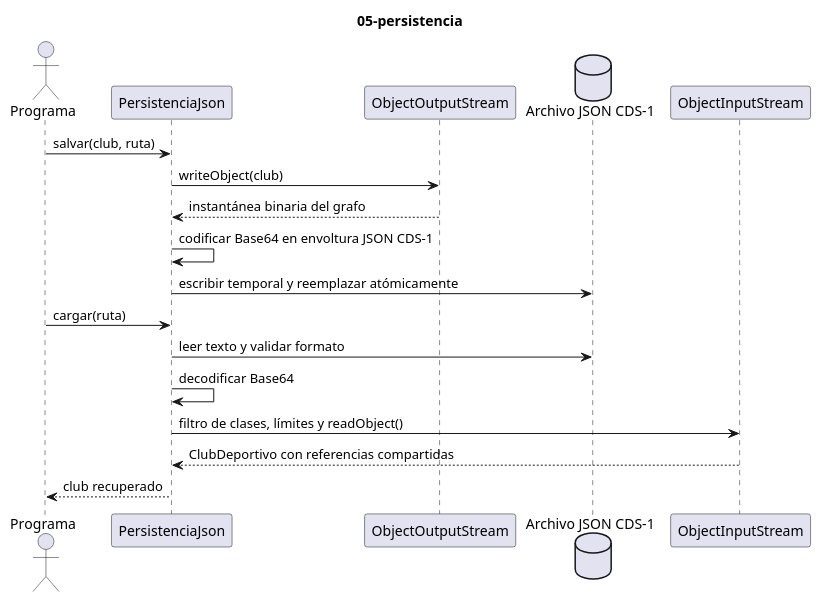
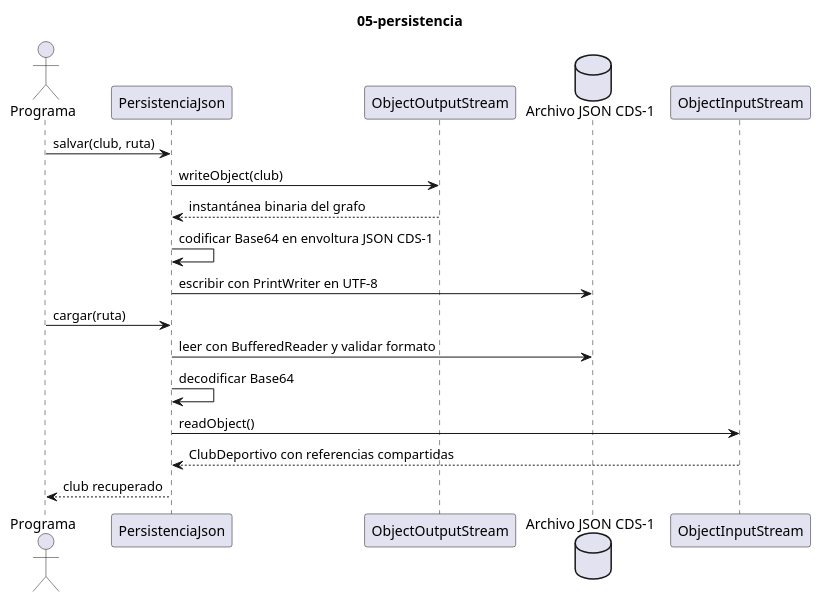
Before and after one commit to scasta06/Proyecto-1: the diagram in Proyecto 1/Entrega 2/documentacion/diagramas/secuencia-05-persistencia.puml, drawn with PlantUML. The commit also changed 105 other files, not shown here.

```diff
--- a/Proyecto 1/Entrega 2/documentacion/diagramas/secuencia-05-persistencia.puml
+++ b/Proyecto 1/Entrega 2/documentacion/diagramas/secuencia-05-persistencia.puml
@@ -1,19 +1,19 @@
 @startuml
 title 05-persistencia
 actor Programa
 participant PersistenciaJson as P
 participant ObjectOutputStream as O
 database "Archivo JSON CDS-1" as A
 participant ObjectInputStream as I
 Programa -> P: salvar(club, ruta)
 P -> O: writeObject(club)
 O --> P: instantánea binaria del grafo
 P -> P: codificar Base64 en envoltura JSON CDS-1
-P -> A: escribir temporal y reemplazar atómicamente
+P -> A: escribir con PrintWriter en UTF-8
 Programa -> P: cargar(ruta)
-P -> A: leer texto y validar formato
+P -> A: leer con BufferedReader y validar formato
 P -> P: decodificar Base64
-P -> I: filtro de clases, límites y readObject()
+P -> I: readObject()
 I --> P: ClubDeportivo con referencias compartidas
 P --> Programa: club recuperado
 @enduml
```
